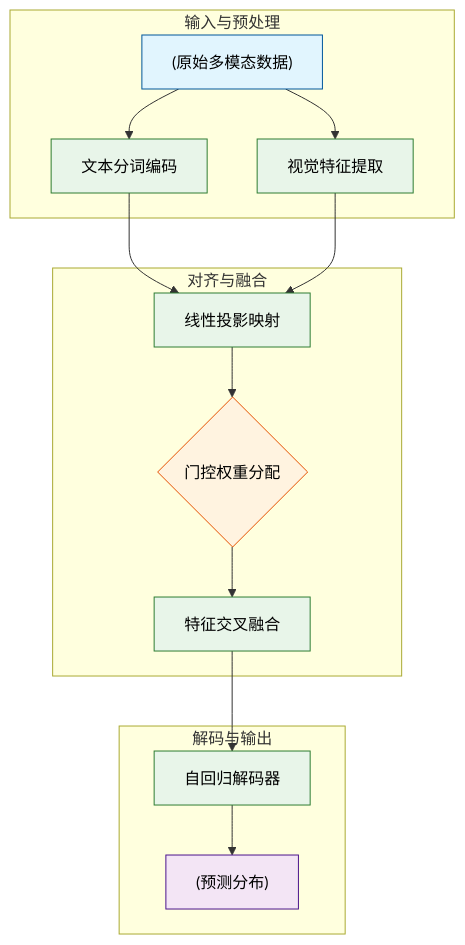
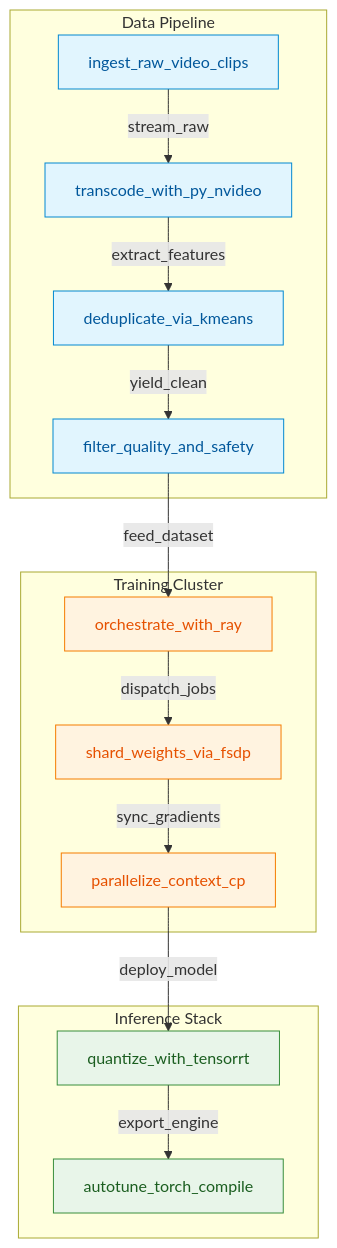
Before and after one commit to ShinewineW/paper-rolling: the ninth of 11 diagrams in person_vault/2026-06-08_CosmosWorldFoundationModelPlatformForPhysicalAI_2501.03575/report.md, drawn with Mermaid. The commit also changed other lines of this file and 51 other files, not shown here.

````diff
--- a/person_vault/2026-06-08_CosmosWorldFoundationModelPlatformForPhysicalAI_2501.03575/report.md
+++ b/person_vault/2026-06-08_CosmosWorldFoundationModelPlatformForPhysicalAI_2501.03575/report.md
@@ -405,33 +623,33 @@
 ```mermaid
-flowchart TB
-    classDef data fill:#e1f5fe,stroke:#01579b,color:#000;
-    classDef proc fill:#e8f5e9,stroke:#2e7d32,color:#000;
-    classDef gate fill:#fff3e0,stroke:#e65100,color:#000;
-    classDef out fill:#f3e5f5,stroke:#4a148c,color:#000;
+flowchart TD
+    classDef data fill:#e1f5fe,color:#01579b,stroke:#0288d1
+    classDef train fill:#fff3e0,color:#e65100,stroke:#f57c00
+    classDef infra fill:#e8f5e9,color:#1b5e20,stroke:#388e3c
 
-    subgraph input_stage ["输入与预处理"]
-        raw_data["(原始多模态数据)"]:::data
-        tokenizer["文本分词编码"]:::proc
-        vision_enc["视觉特征提取"]:::proc
+    subgraph data_pipeline ["Data Pipeline"]
+        ingest["ingest_raw_video_clips"]:::data
+        transcode["transcode_with_py_nvideo"]:::data
+        dedup["deduplicate_via_kmeans"]:::data
+        filter["filter_quality_and_safety"]:::data
+        ingest -->|stream_raw| transcode
+        transcode -->|extract_features| dedup
+        dedup -->|yield_clean| filter
     end
 
-    subgraph align_stage ["对齐与融合"]
-        proj_layer["线性投影映射"]:::proc
-        gate_ctrl{门控权重分配}:::gate
-        fusion_op["特征交叉融合"]:::proc
+    subgraph training_cluster ["Training Cluster"]
+        ray["orchestrate_with_ray"]:::train
+        fsdp["shard_weights_via_fsdp"]:::train
+        cp["parallelize_context_cp"]:::train
+        ray -->|dispatch_jobs| fsdp
+        fsdp -->|sync_gradients| cp
     end
 
-    subgraph output_stage ["解码与输出"]
-        decoder["自回归解码器"]:::proc
-        logits["(预测分布)"]:::out
+    subgraph inference_stack ["Inference Stack"]
+        trt["quantize_with_tensorrt"]:::infra
+        compile["autotune_torch_compile"]:::infra
+        trt -->|export_engine| compile
     end
 
-    raw_data --> tokenizer
-    raw_data --> vision_enc
-    tokenizer --> proj_layer
-    vision_enc --> proj_layer
-    proj_layer --> gate_ctrl
-    gate_ctrl --> fusion_op
-    fusion_op --> decoder
-    decoder --> logits
+    filter -->|feed_dataset| ray
+    cp -->|deploy_model| trt
 ```
````
